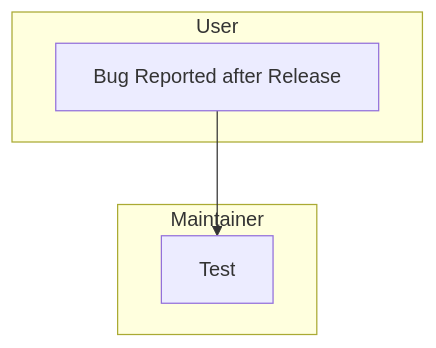
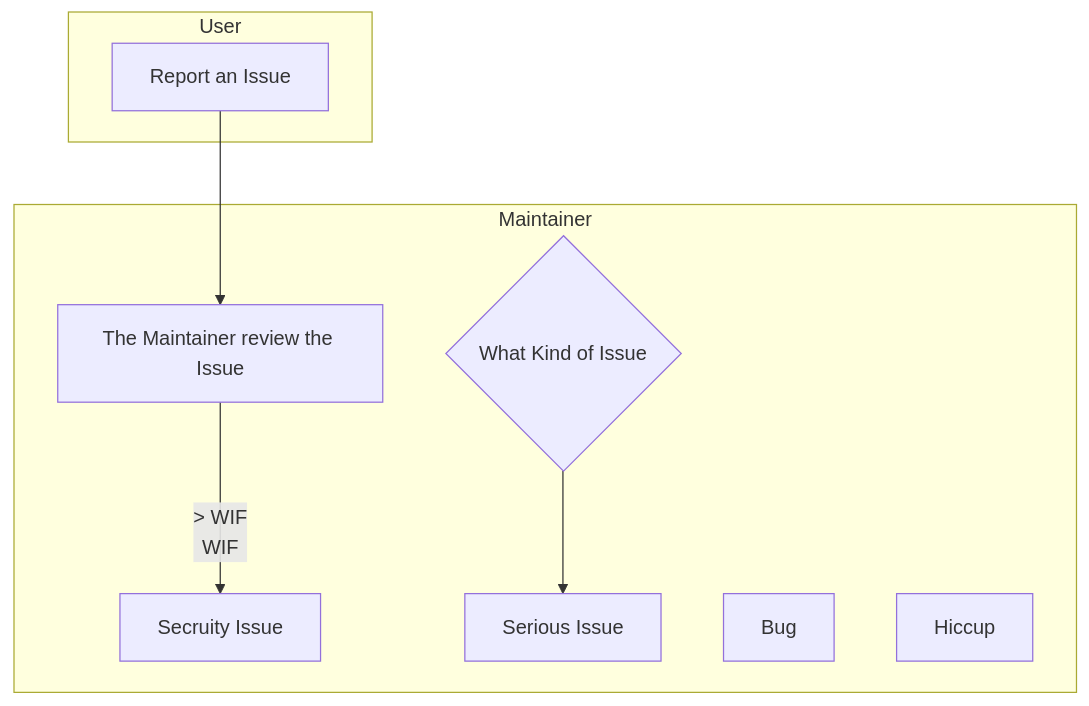
Before and after one commit to GFGMNET/Workspace: the second of 2 diagrams in docs/URGENT-FIX-WORKFLOW.md, drawn with Mermaid. The commit also changed other lines of this file, not shown here.

````diff
--- a/docs/URGENT-FIX-WORKFLOW.md
+++ b/docs/URGENT-FIX-WORKFLOW.md
@@ -27,10 +28,21 @@
 ```mermaid
 flowchart TD
  subgraph User
-  BUG[Bug Reported after Release]
+  BUG[Report an Issue]
  end
  subgraph Maintainer
-  TEST[Test]
+  RM[The Maintainer review the Issue]
+  WIF{What Kind of Issue}
  end
- BUG --> TEST
+ subgraph Maintainer
+  SEC[Secruity Issue]
+  DEA[Serious Issue]
+  BUN[Bug]
+  HIC[Hiccup]
+ end
+ 
+ BUG --> RM
+ RM -- > WIF
+ WIF --> SEC
+ WIF --> DEA
 ```
````
